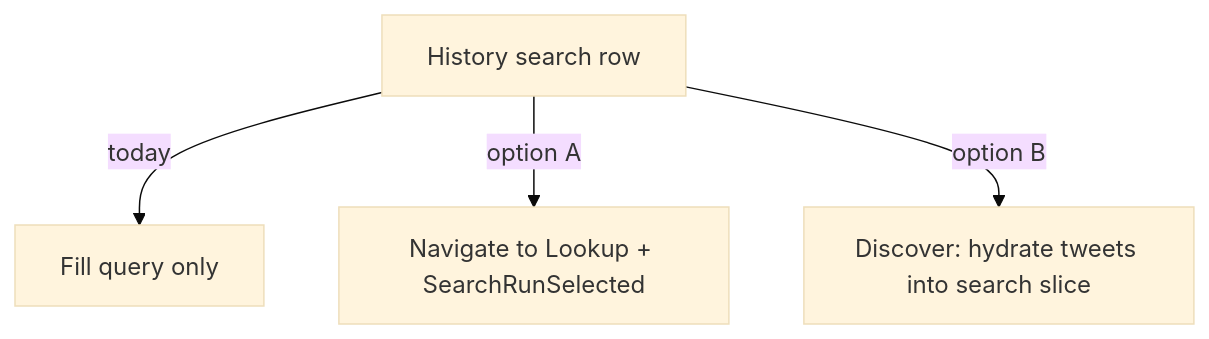
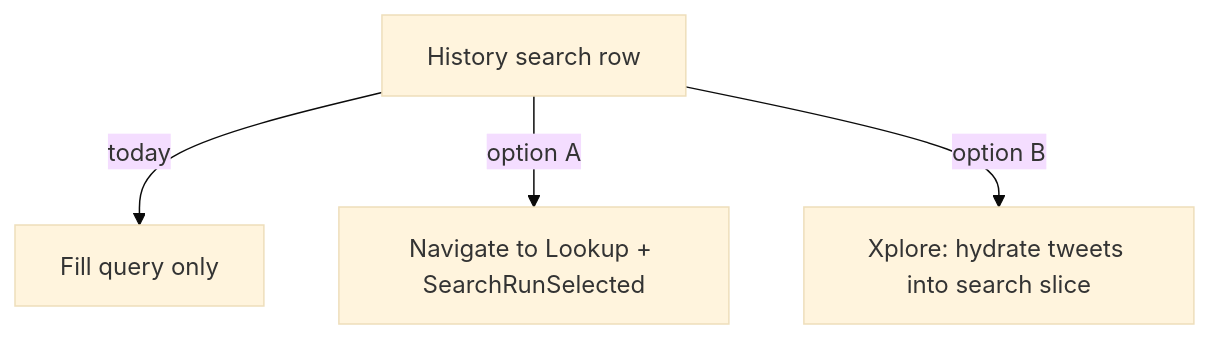
Diagram 13 of 16 in reports/batch-2-engineering-blueprints.md (p10ns11y/collab-finder), drawn with Mermaid (base theme) before and after one commit. The commit also changed other lines of this file and 2 other files, not shown here.

First line of the commit message:
docs: update reports for Discover/Xplore terminology and code reality

````diff
--- a/reports/batch-2-engineering-blueprints.md
+++ b/reports/batch-2-engineering-blueprints.md
@@ -347,6 +347,6 @@
 ```mermaid
 flowchart TD
   HS[History search row] -->|today| Q[Fill query only]
   HS -->|option A| L[Navigate to Lookup + SearchRunSelected]
-  HS -->|option B| D[Discover: hydrate tweets into search slice]
+  HS -->|option B| X[Xplore: hydrate tweets into search slice]
 ```
````
